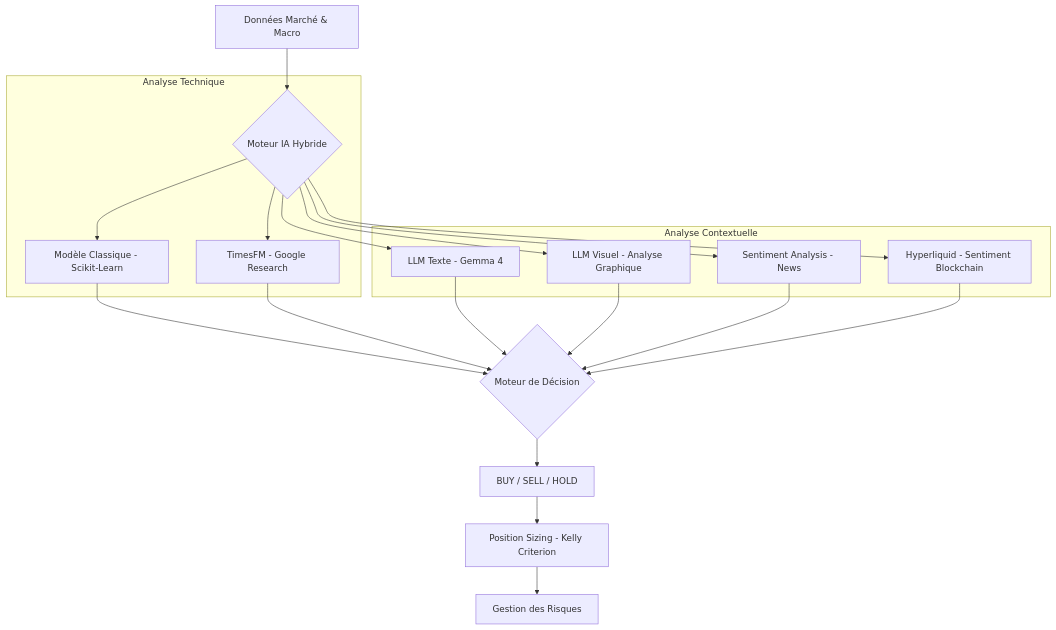
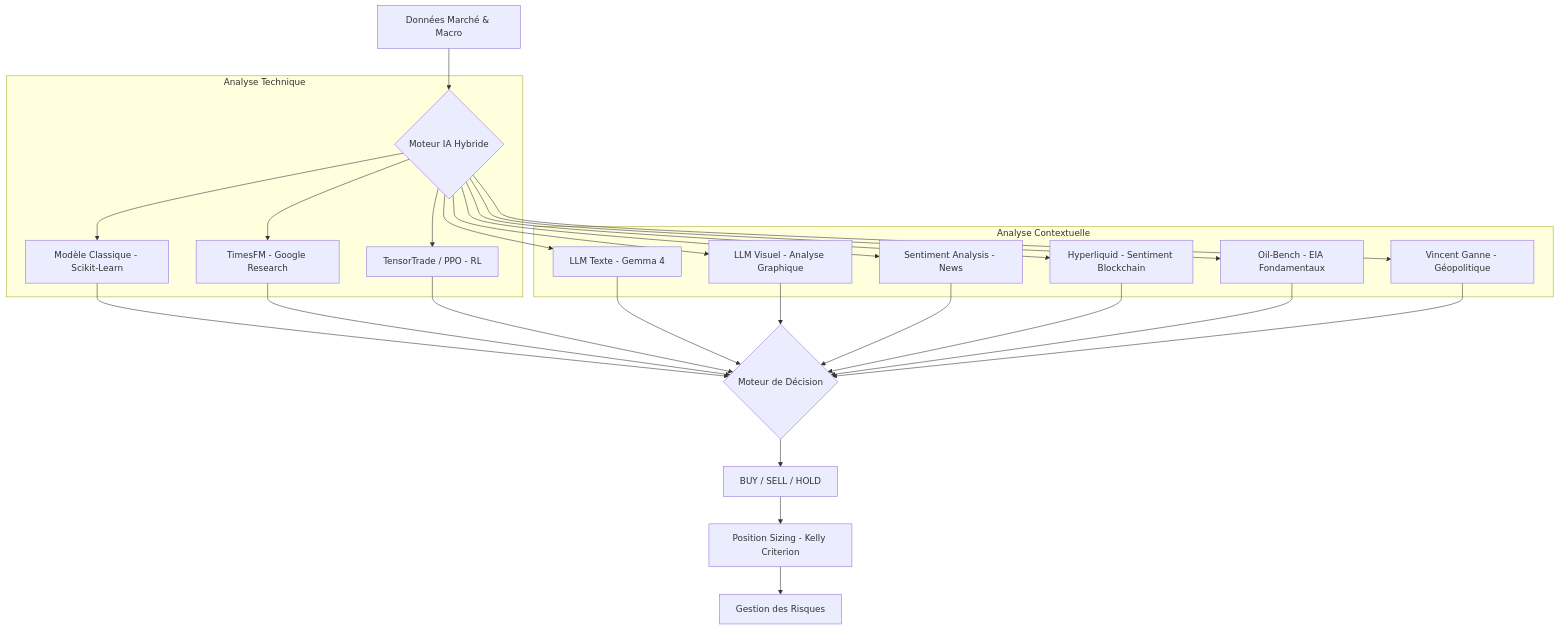
Before and after one commit to laurentvv/Trading-AI: the diagram in SYSTEM_SUMMARY.md, drawn with Mermaid. The commit also changed other lines of this file and 8 other files, not shown here.

First line of the commit message:
docs: update documentation for TensorTrade RL integration and cache invalidation

````diff
--- a/SYSTEM_SUMMARY.md
+++ b/SYSTEM_SUMMARY.md
@@ -9,22 +9,25 @@
 ```mermaid
 graph TD
     A[Données Marché & Macro] --> B{Moteur IA Hybride}
     
     subgraph "Analyse Technique"
     B --> C[Modèle Classique - Scikit-Learn]
     B --> D[TimesFM - Google Research]
+    B --> TT[TensorTrade / PPO - RL]
     end
     
     subgraph "Analyse Contextuelle"
     B --> E[LLM Texte - Gemma 4]
     B --> F[LLM Visuel - Analyse Graphique]
     B --> G[Sentiment Analysis - News]
     B --> HL[Hyperliquid - Sentiment Blockchain]
+    B --> OB[Oil-Bench - EIA Fondamentaux]
+    B --> VG[Vincent Ganne - Géopolitique]
     end
     
-    C & D & E & F & G & HL --> H{Moteur de Décision}
+    C & D & TT & E & F & G & HL & OB & VG --> H{Moteur de Décision}
     
     H --> I[BUY / SELL / HOLD]
     I --> J[Position Sizing - Kelly Criterion]
     J --> K[Gestion des Risques]
 ```
````
